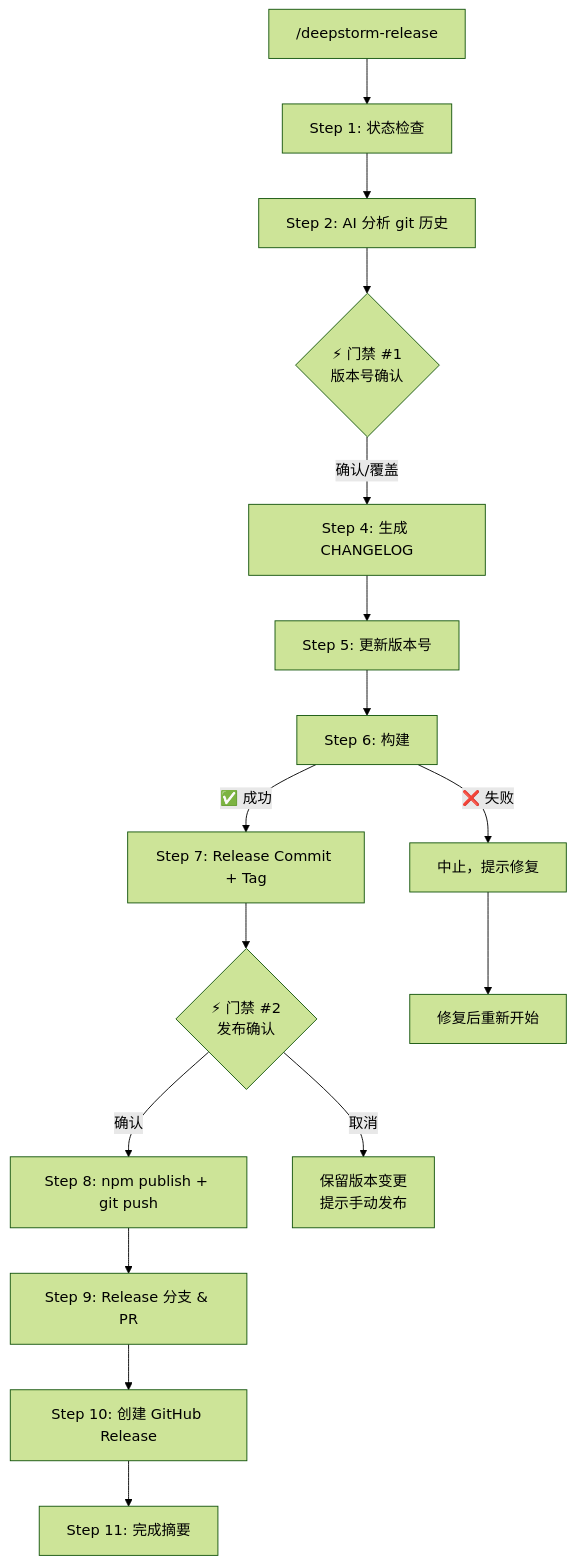
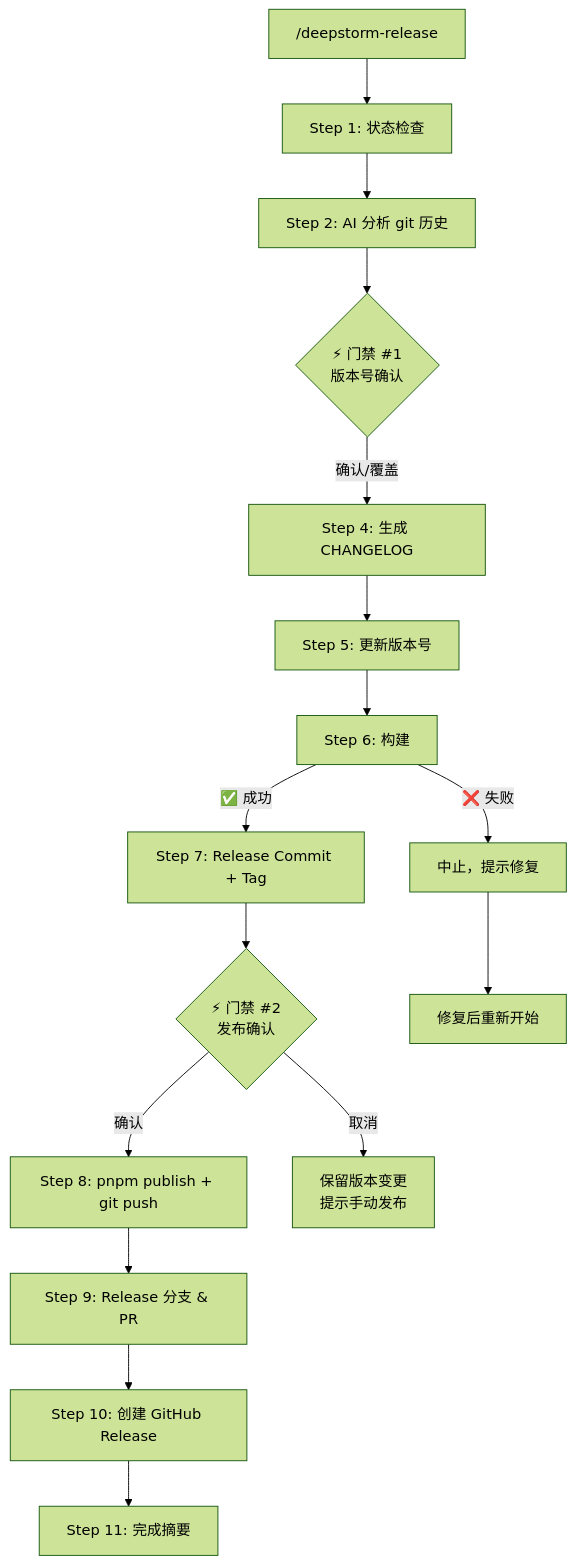
One commit to billkang/deepstorm changed the diagram in .claude/skills/deepstorm-release/SKILL.md. Above: the diagram before and after it, drawn with Mermaid (forest theme). The commit also changed other lines of this file and 1 other file, not shown here.

First line of the commit message:
fix: 修复 npm publish 未转换 workspace:^ 协议导致用户安装失败

````diff
--- a/.claude/skills/deepstorm-release/SKILL.md
+++ b/.claude/skills/deepstorm-release/SKILL.md
@@ -30,18 +30,18 @@
 ```mermaid
 flowchart TD
     START["/deepstorm-release"] --> S1["Step 1: 状态检查"]
     S1 --> S2["Step 2: AI 分析 git 历史"]
     S2 --> G1{"⚡ 门禁 #1<br>版本号确认"}
     G1 -->|"确认/覆盖"| S4["Step 4: 生成 CHANGELOG"]
     S4 --> S5["Step 5: 更新版本号"]
     S5 --> S6["Step 6: 构建"]
     S6 -->|"❌ 失败"| FAIL["中止，提示修复"]
     S6 -->|"✅ 成功"| S7["Step 7: Release Commit + Tag"]
     S7 --> G2{"⚡ 门禁 #2<br>发布确认"}
-    G2 -->|"确认"| S8["Step 8: npm publish + git push"]
+    G2 -->|"确认"| S8["Step 8: pnpm publish + git push"]
     G2 -->|"取消"| HOLD["保留版本变更<br>提示手动发布"]
     S8 --> S9["Step 9: Release 分支 & PR"]
     S9 --> S10["Step 10: 创建 GitHub Release"]
     S10 --> S11["Step 11: 完成摘要"]
     FAIL --> RETRY["修复后重新开始"]
 ```
````
